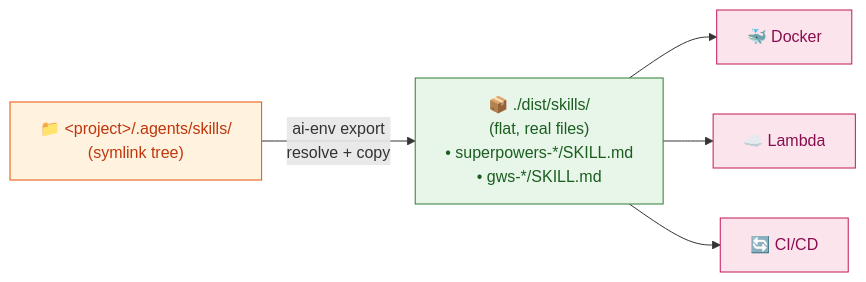
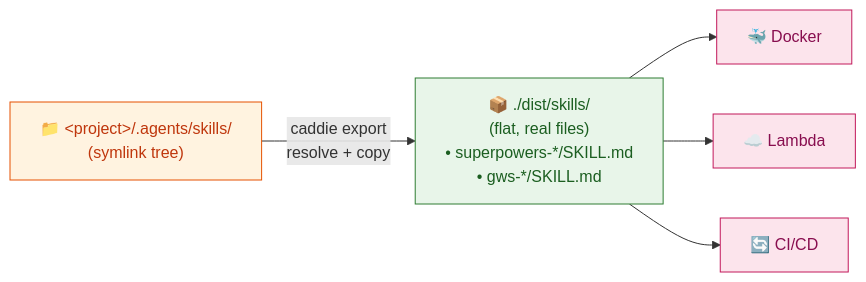
The diagram in docs/images/06-export-production.mmd (Portauw/caddie), drawn with Mermaid before and after one commit. The commit also changed 21 other files, not shown here.

First line of the commit message:
chore: rename ai-env → caddie

```diff
--- a/docs/images/06-export-production.mmd
+++ b/docs/images/06-export-production.mmd
@@ -1,14 +1,14 @@
 flowchart LR
     classDef src fill:#fff3e0,stroke:#e65100,color:#bf360c
     classDef dst fill:#e8f5e9,stroke:#2e7d32,color:#1b5e20
     classDef prod fill:#fce4ec,stroke:#c2185b,color:#880e4f
 
     A["📁 &lt;project&gt;/.agents/skills/<br/>(symlink tree)"]:::src
     B["📦 ./dist/skills/<br/>(flat, real files)<br/>• superpowers-*/SKILL.md<br/>• gws-*/SKILL.md"]:::dst
 
     C["🐳 Docker"]:::prod
     D["☁️ Lambda"]:::prod
     E["🔄 CI/CD"]:::prod
 
-    A -->|"ai-env export<br/>resolve + copy"| B
+    A -->|"caddie export<br/>resolve + copy"| B
     B --> C & D & E
```
